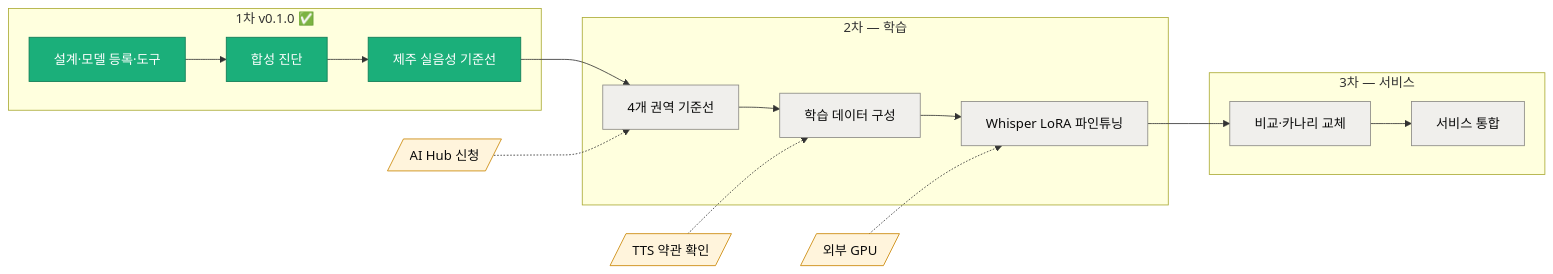
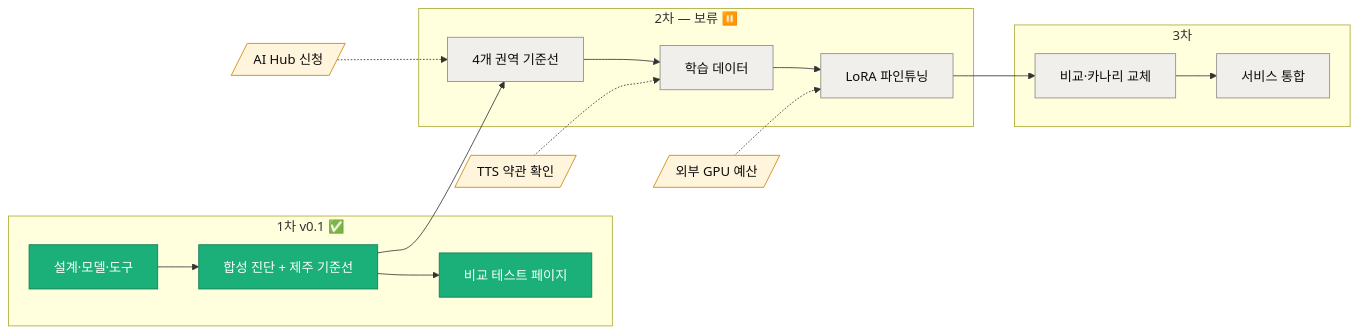
The third of 4 diagrams in README.md (david365-lee/korean-dialect-stt), drawn with Mermaid before and after one commit. The commit also changed other lines of this file and 5 other files, not shown here.

````diff
--- a/README.md
+++ b/README.md
@@ -306,20 +256,20 @@
 ```mermaid
 flowchart LR
-    subgraph P1["1차 v0.1.0 ✅"]
-        S0["설계·모델 등록·도구"]:::done --> S1a["합성 진단"]:::done --> S1b["제주 실음성 기준선"]:::done
+    subgraph P1["1차 v0.1 ✅"]
+        S0["설계·모델·도구"]:::done --> S1["합성 진단 + 제주 기준선"]:::done --> W["비교 테스트 페이지"]:::done
     end
-    subgraph P2["2차 — 학습"]
-        S1c["4개 권역 기준선"]:::todo --> S2["학습 데이터 구성"]:::todo --> S3["Whisper LoRA 파인튜닝"]:::todo
+    subgraph P2["2차 — 보류 ⏸️"]
+        S2["4개 권역 기준선"]:::todo --> S3["학습 데이터"]:::todo --> S4["LoRA 파인튜닝"]:::todo
     end
-    subgraph P3["3차 — 서비스"]
-        S4["비교·카나리 교체"]:::todo --> S5["서비스 통합"]:::todo
+    subgraph P3["3차"]
+        S5["비교·카나리 교체"]:::todo --> S6["서비스 통합"]:::todo
     end
-    S1b --> S1c
-    S3 --> S4
-    D1[/"AI Hub 신청"/]:::need -.-> S1c
-    D2[/"외부 GPU"/]:::need -.-> S3
-    D3[/"TTS 약관 확인"/]:::need -.-> S2
+    S1 --> S2
+    S4 --> S5
+    D1[/"AI Hub 신청"/]:::need -.-> S2
+    D2[/"외부 GPU 예산"/]:::need -.-> S4
+    D3[/"TTS 약관 확인"/]:::need -.-> S3
     classDef done fill:#1baf7a,stroke:#0f7a54,color:#fff
     classDef todo fill:#f0efec,stroke:#8a8984,color:#0b0b0b
     classDef need fill:#fff4dc,stroke:#c98500,color:#0b0b0b
 ```
````
